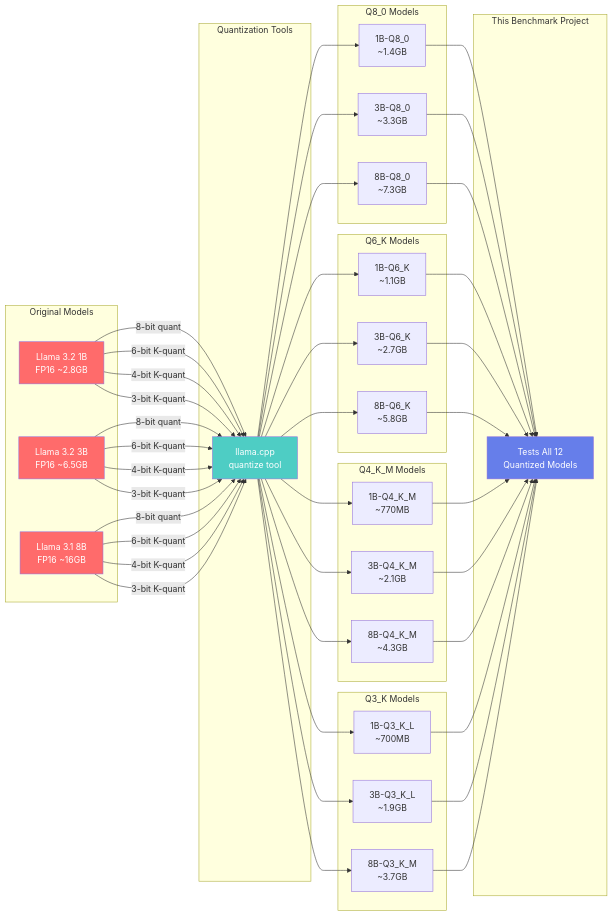
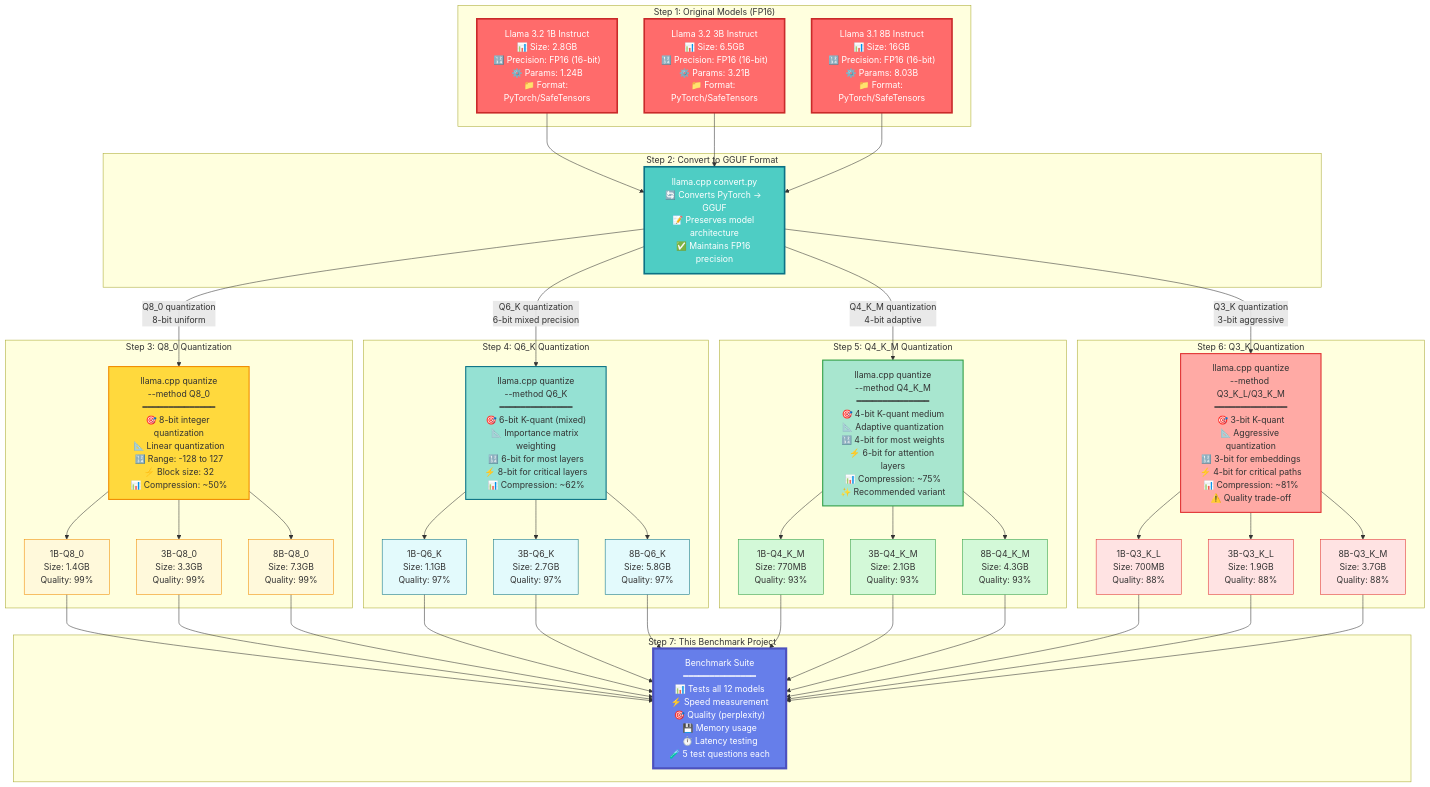
Before and after one commit to gauravnirmalkumar/quantization-llm: the first of 3 diagrams in DOCUMENTATION.md, drawn with Mermaid. The commit also changed other lines of this file, not shown here.

Commit message:
Add highly detailed quantization pipeline documentation
- Comprehensive Mermaid diagram with 7 steps showing complete quantization process
- Detailed technical specifications for each quantization method:
  * Q8_0: Block size, range, compression ratio, quality metrics
  * Q6_K: Mixed precision details, super-block structure
  * Q4_K_M: Adaptive quantization, layer-specific precision
  * Q3_K: Aggressive quantization with selective precision
- Added quantization command examples for each method
- Size comparison table showing compression ratios
- Color-coded diagram with distinct styling for each quantization level
- Detailed process steps for each quantization technique
- Quality loss percentages and use case recommendations

````diff
--- a/DOCUMENTATION.md
+++ b/DOCUMENTATION.md
@@ -69,76 +69,93 @@
 ```mermaid
-graph LR
-    subgraph "Original Models"
-        A1[Llama 3.2 1B<br/>FP16 ~2.8GB]
-        A2[Llama 3.2 3B<br/>FP16 ~6.5GB]
-        A3[Llama 3.1 8B<br/>FP16 ~16GB]
+graph TB
+    subgraph "Step 1: Original Models (FP16)"
+        A1["Llama 3.2 1B Instruct<br/>📊 Size: 2.8GB<br/>🔢 Precision: FP16 (16-bit)<br/>⚙️ Params: 1.24B<br/>📁 Format: PyTorch/SafeTensors"]
+        A2["Llama 3.2 3B Instruct<br/>📊 Size: 6.5GB<br/>🔢 Precision: FP16 (16-bit)<br/>⚙️ Params: 3.21B<br/>📁 Format: PyTorch/SafeTensors"]
+        A3["Llama 3.1 8B Instruct<br/>📊 Size: 16GB<br/>🔢 Precision: FP16 (16-bit)<br/>⚙️ Params: 8.03B<br/>📁 Format: PyTorch/SafeTensors"]
     end
     
-    subgraph "Quantization Tools"
-        B[llama.cpp<br/>quantize tool]
+    subgraph "Step 2: Convert to GGUF Format"
+        B["llama.cpp convert.py<br/>🔄 Converts PyTorch → GGUF<br/>📝 Preserves model architecture<br/>✅ Maintains FP16 precision"]
     end
     
-    subgraph "Q8_0 Models"
-        C1[1B-Q8_0<br/>~1.4GB]
-        C2[3B-Q8_0<br/>~3.3GB]
-        C3[8B-Q8_0<br/>~7.3GB]
+    subgraph "Step 3: Q8_0 Quantization"
+        C["llama.cpp quantize<br/>--method Q8_0<br/>━━━━━━━━━━━━━━<br/>🎯 8-bit integer quantization<br/>📐 Linear quantization<br/>🔢 Range: -128 to 127<br/>⚡ Block size: 32<br/>📊 Compression: ~50%"]
+        C1["1B-Q8_0<br/>Size: 1.4GB<br/>Quality: 99%"]
+        C2["3B-Q8_0<br/>Size: 3.3GB<br/>Quality: 99%"]
+        C3["8B-Q8_0<br/>Size: 7.3GB<br/>Quality: 99%"]
     end
     
-    subgraph "Q6_K Models"
-        D1[1B-Q6_K<br/>~1.1GB]
-        D2[3B-Q6_K<br/>~2.7GB]
-        D3[8B-Q6_K<br/>~5.8GB]
+    subgraph "Step 4: Q6_K Quantization"
+        D["llama.cpp quantize<br/>--method Q6_K<br/>━━━━━━━━━━━━━━<br/>🎯 6-bit K-quant (mixed)<br/>📐 Importance matrix weighting<br/>🔢 6-bit for most layers<br/>⚡ 8-bit for critical layers<br/>📊 Compression: ~62%"]
+        D1["1B-Q6_K<br/>Size: 1.1GB<br/>Quality: 97%"]
+        D2["3B-Q6_K<br/>Size: 2.7GB<br/>Quality: 97%"]
+        D3["8B-Q6_K<br/>Size: 5.8GB<br/>Quality: 97%"]
     end
     
-    subgraph "Q4_K_M Models"
-        E1[1B-Q4_K_M<br/>~770MB]
-        E2[3B-Q4_K_M<br/>~2.1GB]
-        E3[8B-Q4_K_M<br/>~4.3GB]
+    subgraph "Step 5: Q4_K_M Quantization"
+        E["llama.cpp quantize<br/>--method Q4_K_M<br/>━━━━━━━━━━━━━━<br/>🎯 4-bit K-quant medium<br/>📐 Adaptive quantization<br/>🔢 4-bit for most weights<br/>⚡ 6-bit for attention layers<br/>📊 Compression: ~75%<br/>✨ Recommended variant"]
+        E1["1B-Q4_K_M<br/>Size: 770MB<br/>Quality: 93%"]
+        E2["3B-Q4_K_M<br/>Size: 2.1GB<br/>Quality: 93%"]
+        E3["8B-Q4_K_M<br/>Size: 4.3GB<br/>Quality: 93%"]
     end
     
-    subgraph "Q3_K Models"
-        F1[1B-Q3_K_L<br/>~700MB]
-        F2[3B-Q3_K_L<br/>~1.9GB]
-        F3[8B-Q3_K_M<br/>~3.7GB]
+    subgraph "Step 6: Q3_K Quantization"
+        F["llama.cpp quantize<br/>--method Q3_K_L/Q3_K_M<br/>━━━━━━━━━━━━━━<br/>🎯 3-bit K-quant<br/>📐 Aggressive quantization<br/>🔢 3-bit for embeddings<br/>⚡ 4-bit for critical paths<br/>📊 Compression: ~81%<br/>⚠️ Quality trade-off"]
+        F1["1B-Q3_K_L<br/>Size: 700MB<br/>Quality: 88%"]
+        F2["3B-Q3_K_L<br/>Size: 1.9GB<br/>Quality: 88%"]
+        F3["8B-Q3_K_M<br/>Size: 3.7GB<br/>Quality: 88%"]
     end
     
-    A1 -->|8-bit quant| B
-    A2 -->|8-bit quant| B
-    A3 -->|8-bit quant| B
-    B --> C1
-    B --> C2
-    B --> C3
+    A1 --> B
+    A2 --> B
+    A3 --> B
     
-    A1 -->|6-bit K-quant| B
-    A2 -->|6-bit K-quant| B
-    A3 -->|6-bit K-quant| B
-    B --> D1
-    B --> D2
-    B --> D3
+    B -->|"Q8_0 quantization<br/>8-bit uniform"| C
+    C --> C1
+    C --> C2
+    C --> C3
     
-    A1 -->|4-bit K-quant| B
-    A2 -->|4-bit K-quant| B
-    A3 -->|4-bit K-quant| B
-    B --> E1
-    B --> E2
-    B --> E3
+    B -->|"Q6_K quantization<br/>6-bit mixed precision"| D
+    D --> D1
+    D --> D2
+    D --> D3
     
-    A1 -->|3-bit K-quant| B
-    A2 -->|3-bit K-quant| B
-    A3 -->|3-bit K-quant| B
-    B --> F1
-    B --> F2
-    B --> F3
+    B -->|"Q4_K_M quantization<br/>4-bit adaptive"| E
+    E --> E1
+    E --> E2
+    E --> E3
     
-    subgraph "This Benchmark Project"
-        G[Tests All 12<br/>Quantized Models]
+    B -->|"Q3_K quantization<br/>3-bit aggressive"| F
+    F --> F1
+    F --> F2
+    F --> F3
+    
+    subgraph "Step 7: This Benchmark Project"
+        G["Benchmark Suite<br/>━━━━━━━━━━━━━━<br/>📊 Tests all 12 models<br/>⚡ Speed measurement<br/>🎯 Quality (perplexity)<br/>💾 Memory usage<br/>⏱️ Latency testing<br/>🧪 5 test questions each"]
     end
     
     C1 & C2 & C3 & D1 & D2 & D3 & E1 & E2 & E3 & F1 & F2 & F3 --> G
     
-    style A1 fill:#ff6b6b,color:#fff
-    style A2 fill:#ff6b6b,color:#fff
-    style A3 fill:#ff6b6b,color:#fff
-    style B fill:#4ecdc4,color:#fff
-    style G fill:#667eea,color:#fff
+    style A1 fill:#ff6b6b,color:#fff,stroke:#c92a2a,stroke-width:3px
+    style A2 fill:#ff6b6b,color:#fff,stroke:#c92a2a,stroke-width:3px
+    style A3 fill:#ff6b6b,color:#fff,stroke:#c92a2a,stroke-width:3px
+    style B fill:#4ecdc4,color:#fff,stroke:#0b7285,stroke-width:3px
+    style C fill:#ffd93d,color:#333,stroke:#f08c00,stroke-width:2px
+    style D fill:#95e1d3,color:#333,stroke:#0b7285,stroke-width:2px
+    style E fill:#a8e6cf,color:#333,stroke:#2f9e44,stroke-width:2px
+    style F fill:#ffaaa5,color:#333,stroke:#e03131,stroke-width:2px
+    style G fill:#667eea,color:#fff,stroke:#4c51bf,stroke-width:4px
+    
+    style C1 fill:#fff9db,stroke:#f08c00
+    style C2 fill:#fff9db,stroke:#f08c00
+    style C3 fill:#fff9db,stroke:#f08c00
+    style D1 fill:#e3fafc,stroke:#0b7285
+    style D2 fill:#e3fafc,stroke:#0b7285
+    style D3 fill:#e3fafc,stroke:#0b7285
+    style E1 fill:#d3f9d8,stroke:#2f9e44
+    style E2 fill:#d3f9d8,stroke:#2f9e44
+    style E3 fill:#d3f9d8,stroke:#2f9e44
+    style F1 fill:#ffe3e3,stroke:#e03131
+    style F2 fill:#ffe3e3,stroke:#e03131
+    style F3 fill:#ffe3e3,stroke:#e03131
 ```
````
